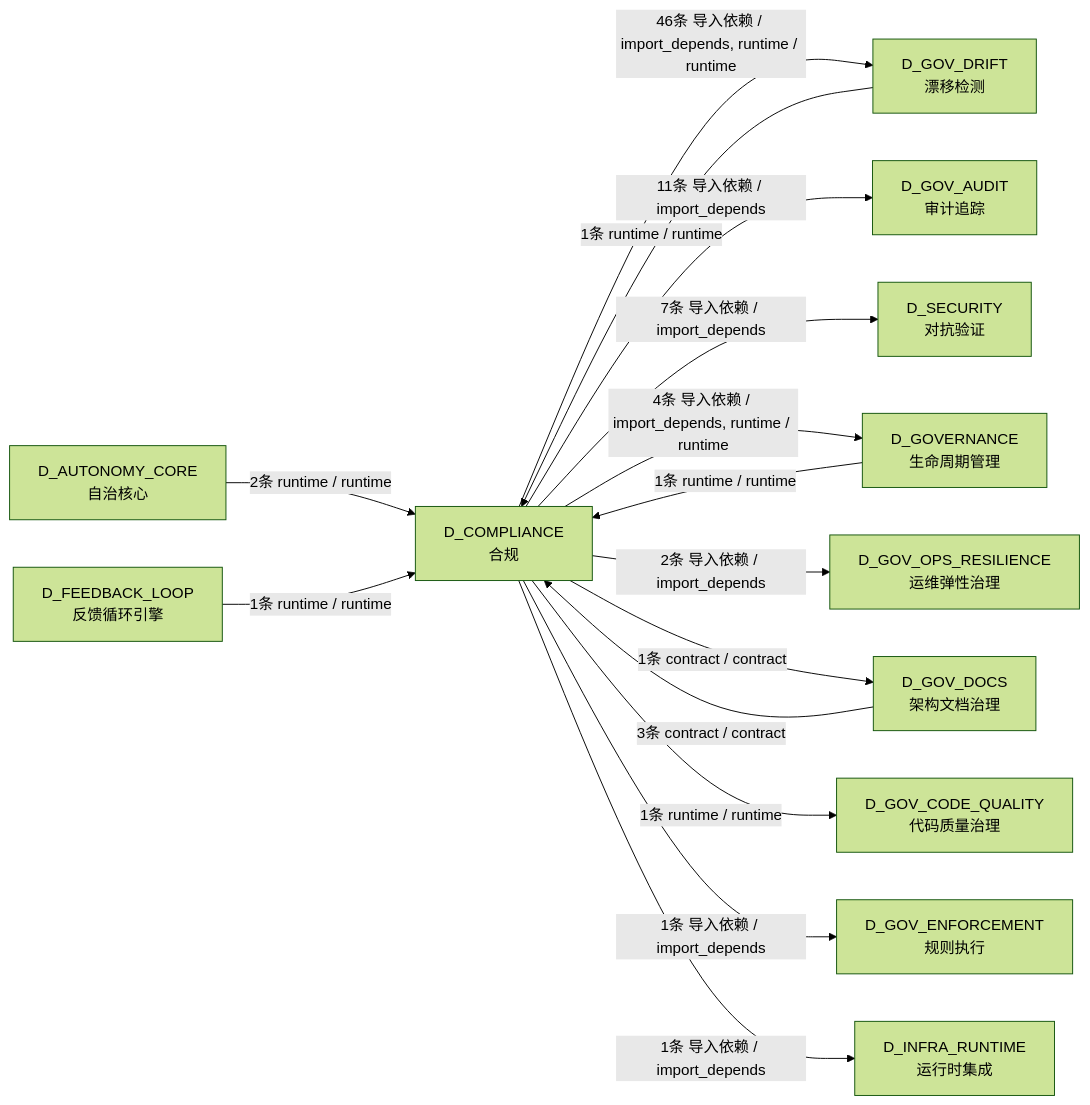
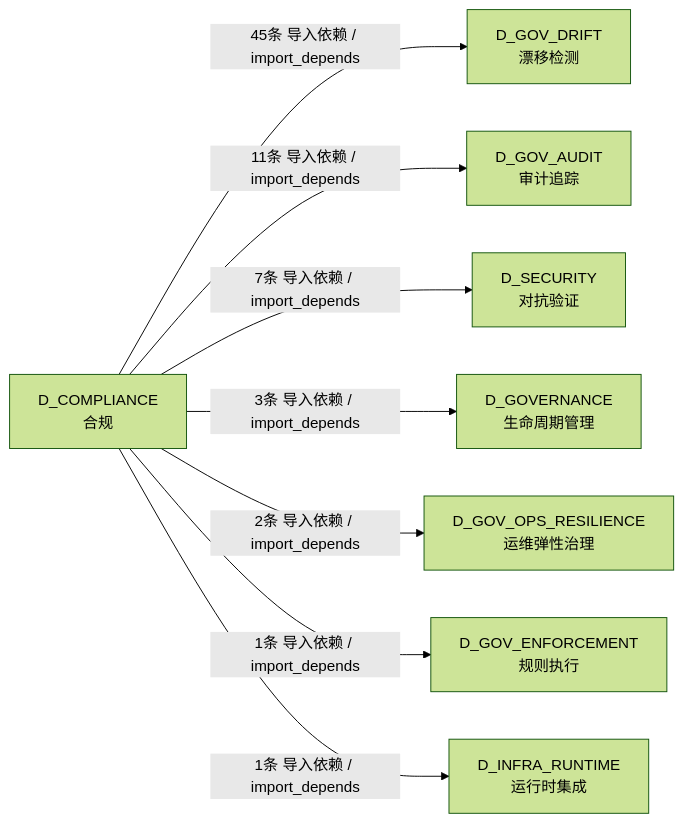
One commit to xuanFelixVan/ZephyrAlpha changed the third of 3 diagrams in docs/02_enterprise_architecture/02_domain_architecture_docs/60_d_compliance.md. Above: the diagram before and after it, drawn with Mermaid (forest theme). The commit also changed other lines of this file and 126 other files, not shown here.

````diff
--- a/docs/02_enterprise_architecture/02_domain_architecture_docs/60_d_compliance.md
+++ b/docs/02_enterprise_architecture/02_domain_architecture_docs/60_d_compliance.md
@@ -333,29 +297,18 @@
 ```mermaid
 graph LR
     D_COMPLIANCE["D_COMPLIANCE<br/>合规"]
     D_GOV_DRIFT["D_GOV_DRIFT<br/>漂移检测"]
     D_GOV_AUDIT["D_GOV_AUDIT<br/>审计追踪"]
     D_SECURITY["D_SECURITY<br/>对抗验证"]
     D_GOVERNANCE["D_GOVERNANCE<br/>生命周期管理"]
     D_GOV_OPS_RESILIENCE["D_GOV_OPS_RESILIENCE<br/>运维弹性治理"]
-    D_GOV_DOCS["D_GOV_DOCS<br/>架构文档治理"]
-    D_GOV_CODE_QUALITY["D_GOV_CODE_QUALITY<br/>代码质量治理"]
     D_GOV_ENFORCEMENT["D_GOV_ENFORCEMENT<br/>规则执行"]
     D_INFRA_RUNTIME["D_INFRA_RUNTIME<br/>运行时集成"]
-    D_AUTONOMY_CORE["D_AUTONOMY_CORE<br/>自治核心"]
-    D_FEEDBACK_LOOP["D_FEEDBACK_LOOP<br/>反馈循环引擎"]
-    D_COMPLIANCE -->|46条 导入依赖 / import_depends, runtime / runtime| D_GOV_DRIFT
+    D_COMPLIANCE -->|45条 导入依赖 / import_depends| D_GOV_DRIFT
     D_COMPLIANCE -->|11条 导入依赖 / import_depends| D_GOV_AUDIT
     D_COMPLIANCE -->|7条 导入依赖 / import_depends| D_SECURITY
-    D_COMPLIANCE -->|4条 导入依赖 / import_depends, runtime / runtime| D_GOVERNANCE
+    D_COMPLIANCE -->|3条 导入依赖 / import_depends| D_GOVERNANCE
     D_COMPLIANCE -->|2条 导入依赖 / import_depends| D_GOV_OPS_RESILIENCE
-    D_COMPLIANCE -->|1条 contract / contract| D_GOV_DOCS
-    D_COMPLIANCE -->|1条 runtime / runtime| D_GOV_CODE_QUALITY
     D_COMPLIANCE -->|1条 导入依赖 / import_depends| D_GOV_ENFORCEMENT
     D_COMPLIANCE -->|1条 导入依赖 / import_depends| D_INFRA_RUNTIME
-    D_GOV_DOCS -->|3条 contract / contract| D_COMPLIANCE
-    D_AUTONOMY_CORE -->|2条 runtime / runtime| D_COMPLIANCE
-    D_FEEDBACK_LOOP -->|1条 runtime / runtime| D_COMPLIANCE
-    D_GOVERNANCE -->|1条 runtime / runtime| D_COMPLIANCE
-    D_GOV_DRIFT -->|1条 runtime / runtime| D_COMPLIANCE
 ```
````
